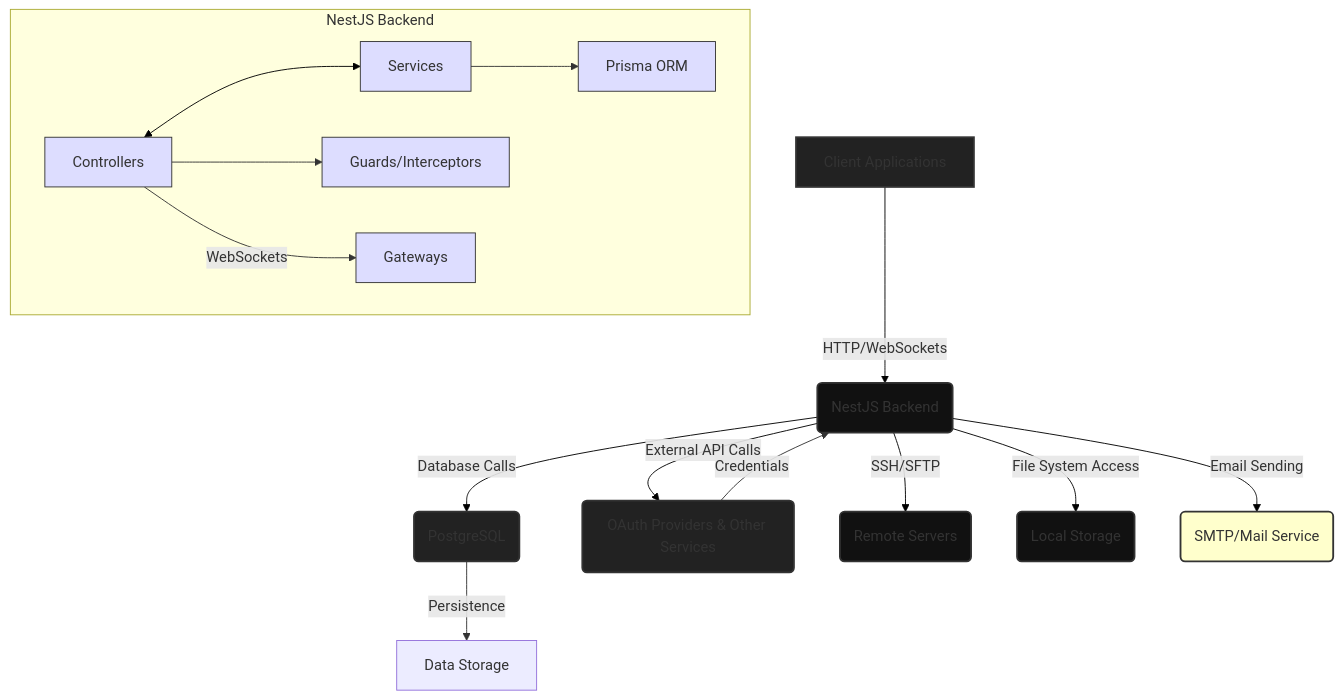
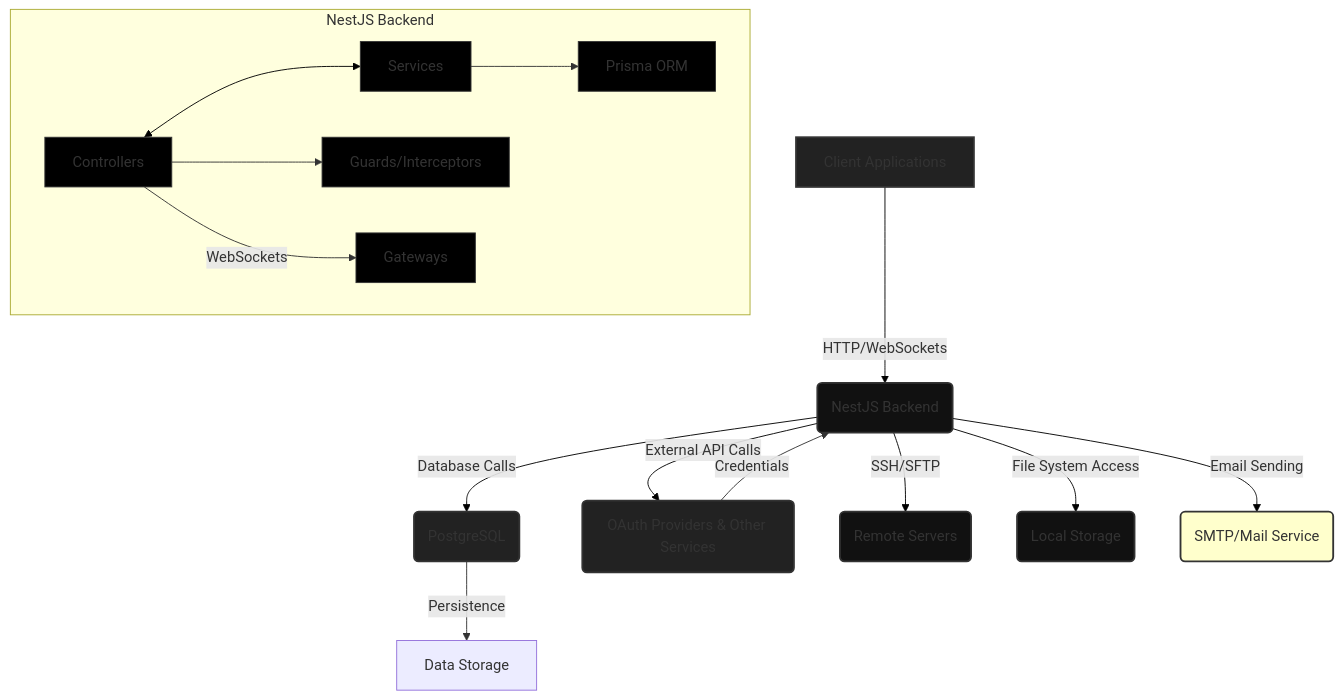
Before and after one commit to evillan0315/project-board-server: the diagram in docs/Architecture.md, drawn with Mermaid. The commit also changed 1 other file, not shown here.

Commit message:
Updated LLM service

````diff
--- a/docs/Architecture.md
+++ b/docs/Architecture.md
@@ -27,39 +27,39 @@
 ```mermaid
 graph TD
     A[Client Applications] -->|HTTP/WebSockets| B(NestJS Backend)
     B -->|Database Calls| C(PostgreSQL)
     B -->|External API Calls| D(OAuth Providers & Other Services)
     B -->|SSH/SFTP| E(Remote Servers)
     B -->|File System Access| F(Local Storage)
     B -->|Email Sending| G(SMTP/Mail Service)
 
     subgraph NestJS Backend
         B1[Controllers] <--> B2[Services]
         B2 --> B3[Prisma ORM]
         B1 --> B4[Guards/Interceptors]
         B1 -- WebSockets --> B5[Gateways]
     end
 
     C -- Persistence --> Data[Data Storage]
     D -- Credentials --> B
 
     style A fill:#222,stroke:#333,stroke-width:2px
     style B fill:#111,stroke:#333,stroke-width:2px
     style C fill:#222,stroke:#333,stroke-width:2px
     style D fill:#222,stroke:#333,stroke-width:2px
     style E fill:#111,stroke:#333,stroke-width:2px
     style F fill:#111,stroke:#333,stroke-width:2px
     style G fill:#ffc,stroke:#333,stroke-width:2px
-    style B1 fill:#ddf,stroke:#333,stroke-width:1px
-    style B2 fill:#ddf,stroke:#333,stroke-width:1px
-    style B3 fill:#ddf,stroke:#333,stroke-width:1px
-    style B4 fill:#ddf,stroke:#333,stroke-width:1px
-    style B5 fill:#ddf,stroke:#333,stroke-width:1px
+    style B1 fill:#000,stroke:#333,stroke-width:1px
+    style B2 fill:#000,stroke:#333,stroke-width:1px
+    style B3 fill:#000,stroke:#333,stroke-width:1px
+    style B4 fill:#000,stroke:#333,stroke-width:1px
+    style B5 fill:#000,stroke:#333,stroke-width:1px
     linkStyle 0 stroke:#000,stroke-width:1px;
     linkStyle 1 stroke:#000,stroke-width:1px;
     linkStyle 2 stroke:#000,stroke-width:1px;
     linkStyle 3 stroke:#000,stroke-width:1px;
     linkStyle 4 stroke:#000,stroke-width:1px;
     linkStyle 5 stroke:#000,stroke-width:1px;
     linkStyle 6 stroke:#000,stroke-width:1px;
 ```
````
